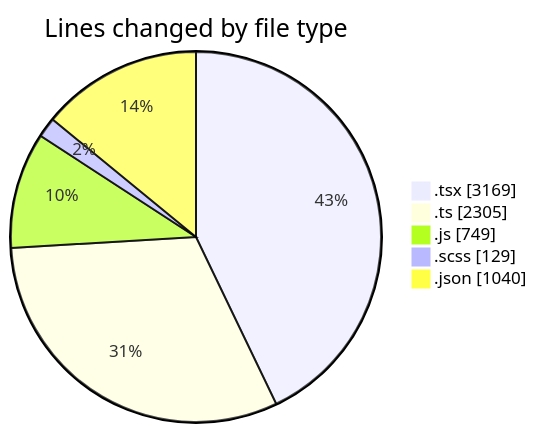
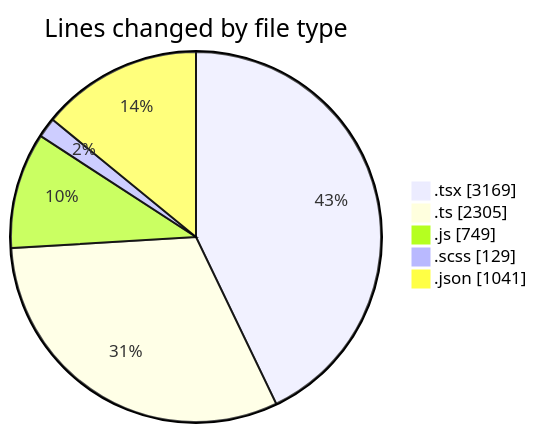
One commit to momahboobian/code-tracking changed the first of 2 diagrams in 2026-06-15/cda/README.md. Above: the diagram before and after it, drawn with Mermaid. The commit also changed other lines of this file and 1 other file, not shown here.

````diff
--- a/2026-06-15/cda/README.md
+++ b/2026-06-15/cda/README.md
@@ -61,9 +61,9 @@
 ```mermaid
 pie showData
 title Lines changed by file type
 ".tsx" : 3169
 ".ts" : 2305
 ".js" : 749
 ".scss" : 129
-".json" : 1040
+".json" : 1041
 ```
````
